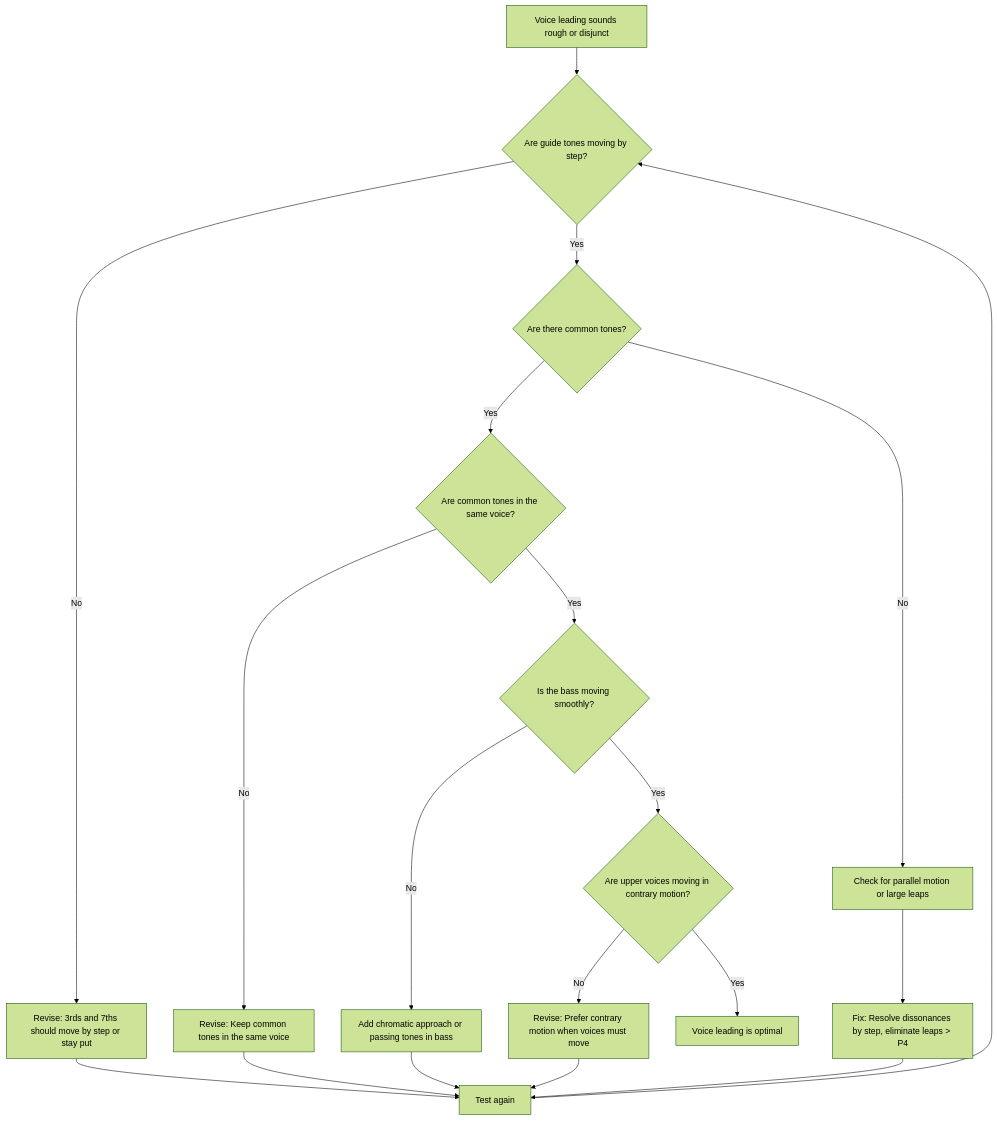
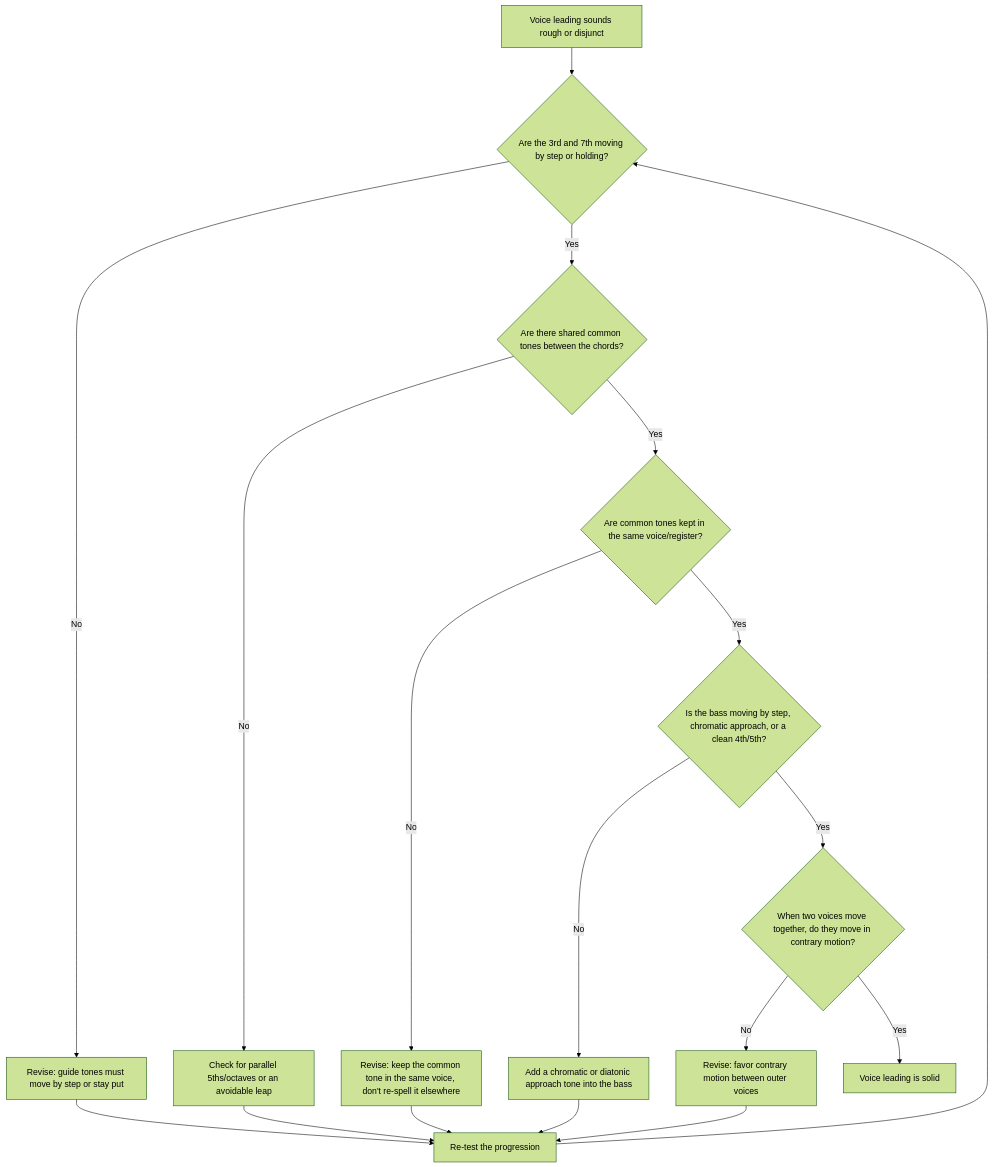
One commit to blebleblee/synapse changed the diagram in topics/arts/composition/jazz_harmony/lesson_02_voice_leading_in_jazz.md. Above: the diagram before and after it, drawn with Mermaid (forest theme). The commit also changed other lines of this file and 4 other files, not shown here.

````diff
--- a/topics/arts/composition/jazz_harmony/lesson_02_voice_leading_in_jazz.md
+++ b/topics/arts/composition/jazz_harmony/lesson_02_voice_leading_in_jazz.md
@@ -621,22 +466,21 @@
 ```mermaid
 graph TD
-    A[Voice leading sounds rough or disjunct] --> B{Are guide tones moving by step?}
-    B -->|No| C[Revise: 3rds and 7ths should move by step or stay put]
-    B -->|Yes| D{Are there common tones?}
-    D -->|No| E[Check for parallel motion or large leaps]
-    D -->|Yes| F{Are common tones in the same voice?}
-    F -->|No| G[Revise: Keep common tones in the same voice]
-    F -->|Yes| H{Is the bass moving smoothly?}
-    H -->|No| I[Add chromatic approach or passing tones in bass]
-    H -->|Yes| J{Are upper voices moving in contrary motion?}
-    J -->|No| K[Revise: Prefer contrary motion when voices must move]
-    J -->|Yes| L[Voice leading is optimal]
-    
-    C --> M[Test again]
-    E --> N[Fix: Resolve dissonances by step, eliminate leaps > P4]
-    G --> M
-    I --> M
-    K --> M
-    N --> M
-    M --> B
+    start["Voice leading sounds rough or disjunct"] --> q1{"Are the 3rd and 7th moving by step or holding?"}
+    q1 -->|No| fix1["Revise: guide tones must move by step or stay put"]
+    q1 -->|Yes| q2{"Are there shared common tones between the chords?"}
+    q2 -->|No| fix2["Check for parallel 5ths/octaves or an avoidable leap"]
+    q2 -->|Yes| q3{"Are common tones kept in the same voice/register?"}
+    q3 -->|No| fix3["Revise: keep the common tone in the same voice, don't re-spell it elsewhere"]
+    q3 -->|Yes| q4{"Is the bass moving by step, chromatic approach, or a clean 4th/5th?"}
+    q4 -->|No| fix4["Add a chromatic or diatonic approach tone into the bass"]
+    q4 -->|Yes| q5{"When two voices move together, do they move in contrary motion?"}
+    q5 -->|No| fix5["Revise: favor contrary motion between outer voices"]
+    q5 -->|Yes| done["Voice leading is solid"]
+
+    fix1 --> retest["Re-test the progression"]
+    fix2 --> retest
+    fix3 --> retest
+    fix4 --> retest
+    fix5 --> retest
+    retest --> q1
 ```
````
